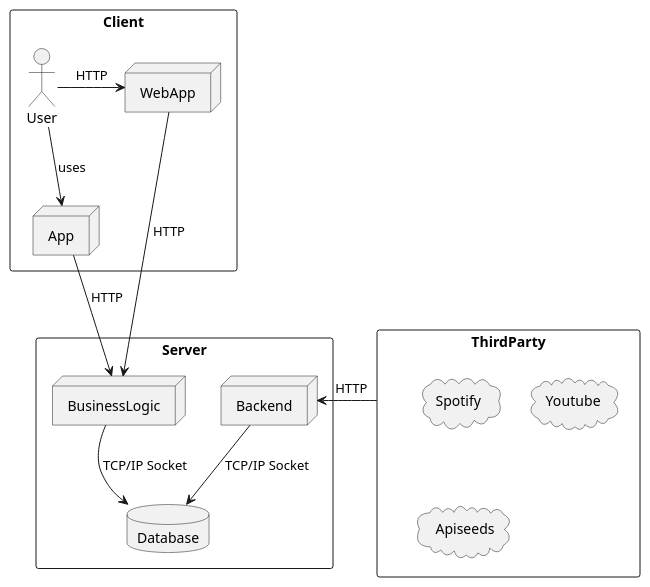
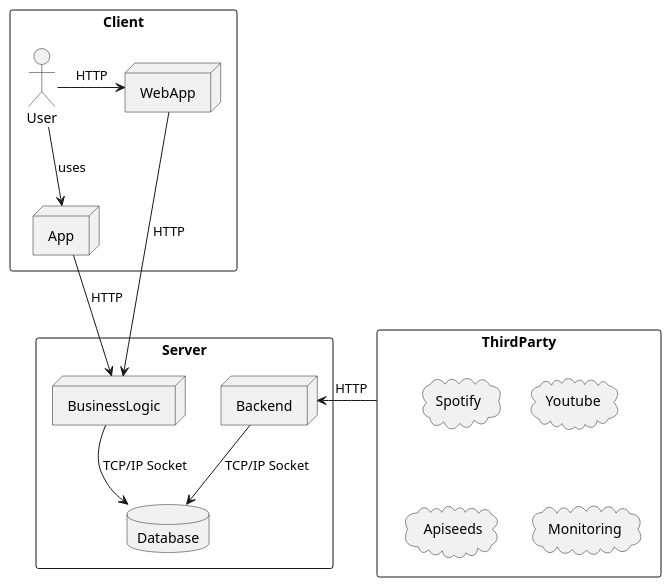
Before and after one commit to Mashnak/DCAppProject: the diagram in Documentation/swad/context.wsd, drawn with PlantUML. The commit also changed 11 other files, not shown here.

```diff
--- a/Documentation/swad/context.wsd
+++ b/Documentation/swad/context.wsd
@@ -1,31 +1,32 @@
 @startuml context
 
 rectangle Client {
   actor User as user
   node WebApp as web
   node App as app
 
   user -> web: HTTP
   user --> app: uses
 }
 
 rectangle Server {
   node BusinessLogic as logic
   node Backend as backend
   database Database as db
 
   web --> logic: HTTP
   app --> logic: HTTP
   logic --> db: TCP/IP Socket
   backend --> db: TCP/IP Socket
 }
 
 rectangle ThirdParty {
   cloud Spotify as spot
   cloud Youtube as yt
   cloud Apiseeds as as
+  cloud Monitoring as mo
 }
 
 ThirdParty -> backend: HTTP
 
 @enduml
```
